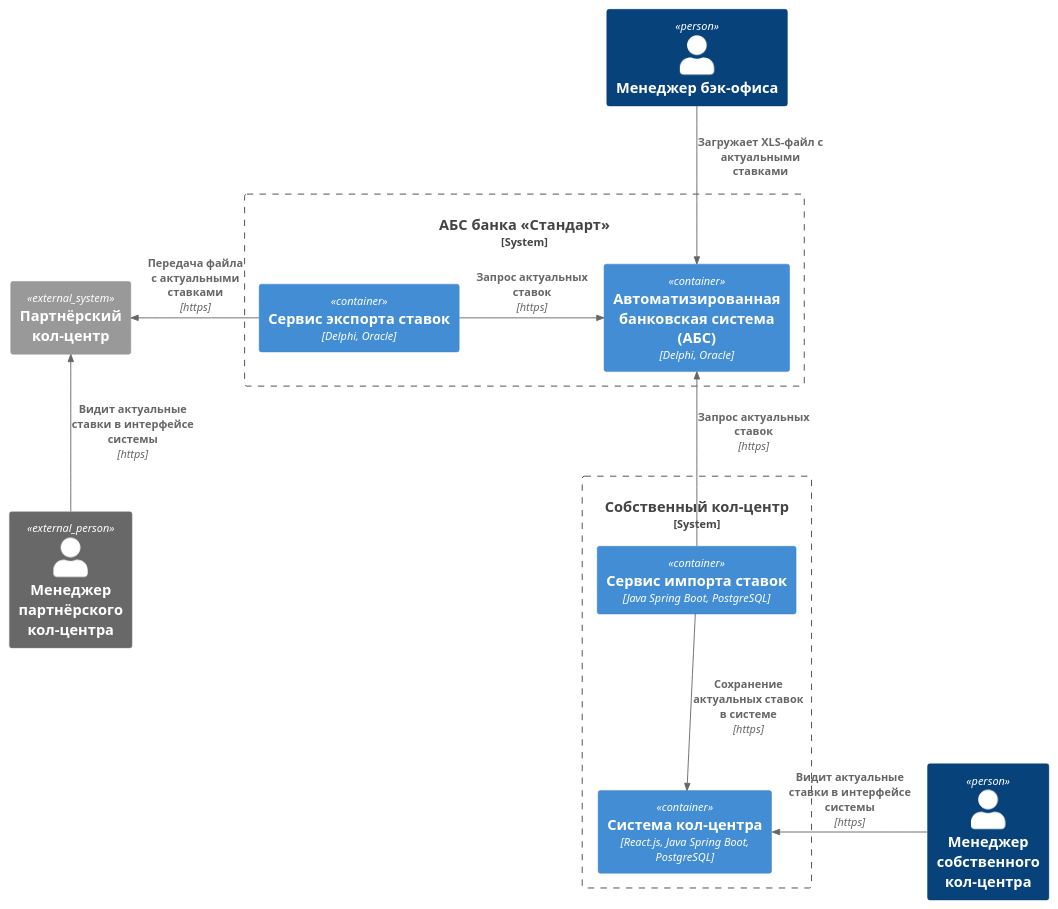
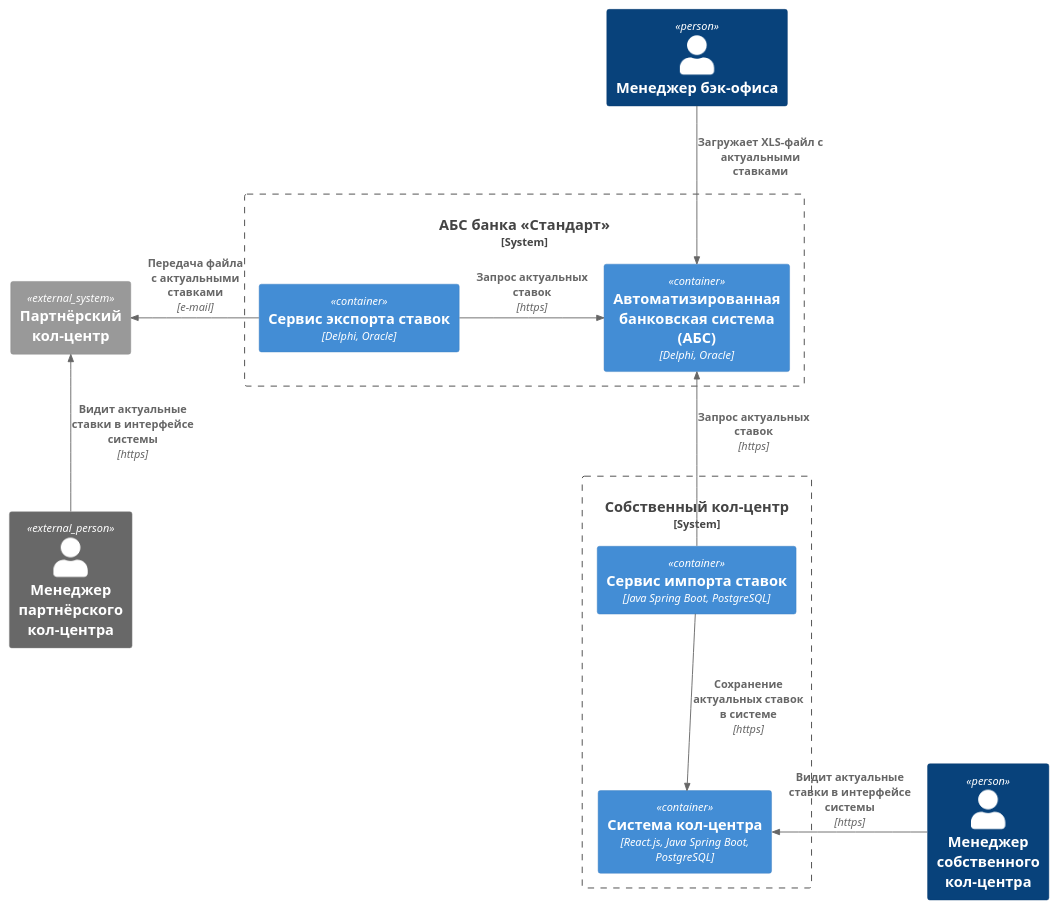
Before and after one commit to SergG-practicum/architecture-sprint-9: the diagram in Task4/c4-container.puml, drawn with PlantUML. The commit also changed 7 other files, not shown here.

```diff
--- a/Task4/c4-container.puml
+++ b/Task4/c4-container.puml
@@ -1,32 +1,32 @@
 @startuml Update deposit rates MVP
 !include https://raw.githubusercontent.com/plantuml-stdlib/C4-PlantUML/master/C4_Container.puml
 
 Person(manager_back, "Менеджер бэк-офиса")
 Person(manager_call, "Менеджер собственного кол-центра")
 Person_Ext(manager_call_ext, "Менеджер партнёрского кол-центра")
 
 System_Boundary(bank, "АБС банка «Стандарт»") {
     Container(abs, "Автоматизированная банковская система (АБС)", "Delphi, Oracle")
     Container(exporter, "Сервис экспорта ставок", "Delphi, Oracle")
 }
 
 System_Boundary(call, "Собственный кол-центр") {
     Container(call_sys, "Система кол-центра", "React.js, Java Spring Boot, PostgreSQL")
     Container(importer, "Сервис импорта ставок", "Java Spring Boot, PostgreSQL")
 }
 
 System_Ext(call_ext, "Партнёрский кол-центр")
 
 
 Rel_D(manager_back, abs, "Загружает XLS-файл с актуальными ставками", "")
 
 Rel_U(importer, abs, "Запрос актуальных ставок", "https")
 Rel_L(manager_call, call_sys, "Видит актуальные ставки в интерфейсе системы", "https")
 
-Rel_R(exporter, call_ext, "Передача файла\nс актуальными ставками", "https")
+Rel_R(exporter, call_ext, "Передача файла\nс актуальными ставками", "e-mail")
 Rel_U(manager_call_ext, call_ext, "Видит актуальные ставки в интерфейсе системы", "https")
 
 Rel(importer, call_sys, "Сохранение актуальных ставок\nв системе", "https")
 Rel_R(exporter, abs, "Запрос актуальных ставок", "https")
 
 @enduml
```
